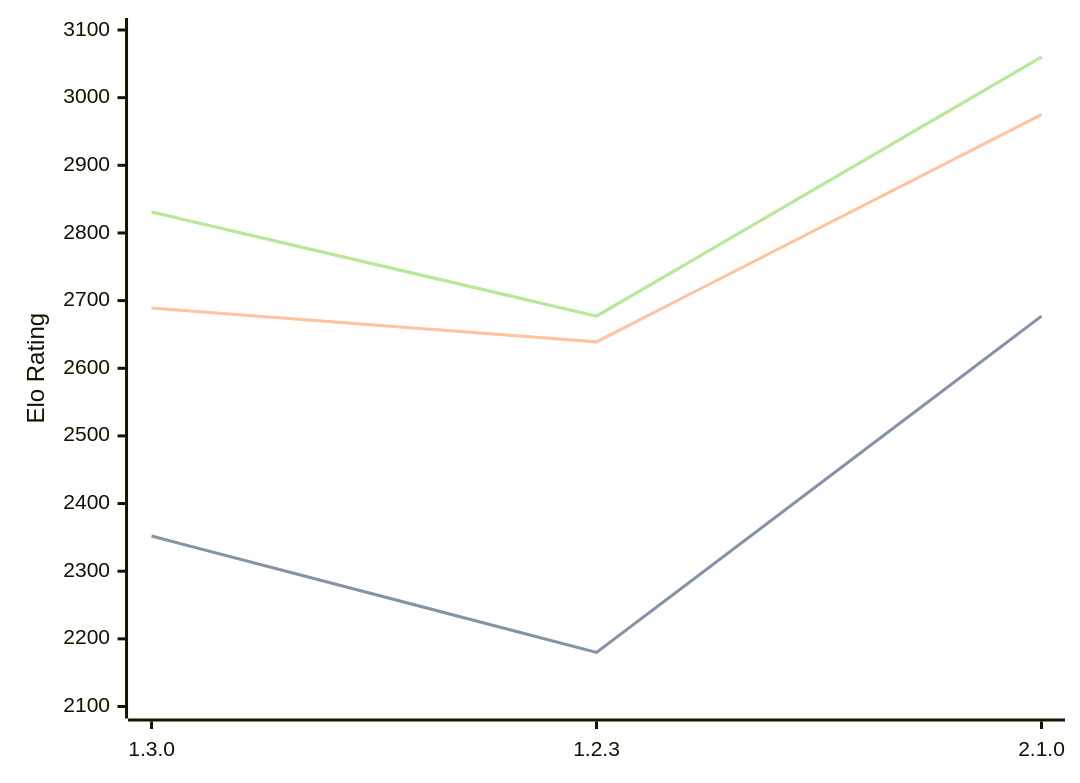
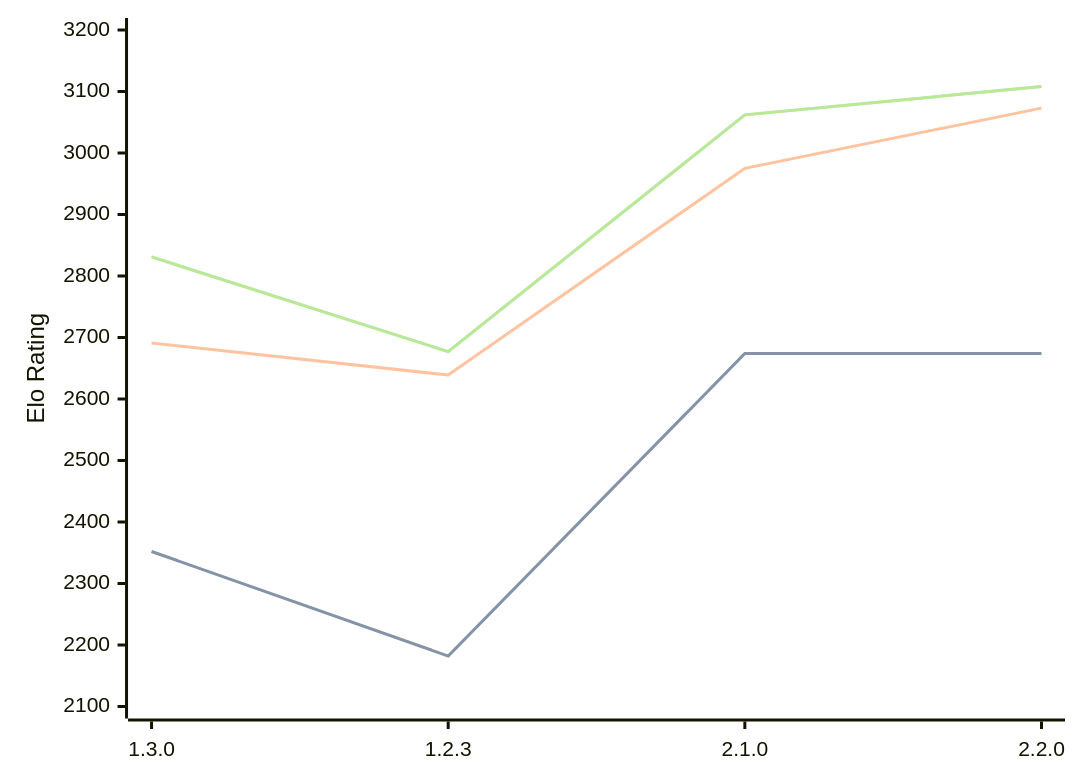
One commit to computer-chess-index/cci changed the third of 3 diagrams in engines/Aspen.md. Above: the diagram before and after it, drawn with Mermaid. The commit also changed other lines of this file, not shown here.

Commit message:
Update CCI Ratings (ELO VLTC) - 2026-06-22

````diff
--- a/engines/Aspen.md
+++ b/engines/Aspen.md
@@ -76,11 +76,11 @@
 ```mermaid
 %%{init: {"theme":"base","themeVariables":{"seriesColors:['#a3a3a3','#222221','#faa371']}}}%%
 xychart-beta
-  x-axis ["1.3.0", "1.2.3", "2.1.0"]
-  y-axis "Elo Rating" 2100 --> 3100
-  line "STC (8.0+0.08s)" [2352, 2180, 2677]
-  line "STC (8.0+0.08s)" [2352, 2180, 2677]
-  line "LTC (60.0+0.60s)" [2689, 2639, 2975]
-  line "VLTC (2m24s+1.12s)" [2831, 2677, 3060]
-  line "VLTC (2m24s+1.12s)" [2831, 2677, 3060]
+  x-axis ["1.3.0", "1.2.3", "2.1.0", "2.2.0"]
+  y-axis "Elo Rating" 2100 --> 3200
+  line "STC (8.0+0.08s)" [2352, 2182, 2674, 2674]
+  line "STC (8.0+0.08s)" [2352, 2182, 2674, 2674]
+  line "LTC (60.0+0.60s)" [2691, 2639, 2975, 3073]
+  line "VLTC (2m24s+1.12s)" [2831, 2677, 3062, 3108]
+  line "VLTC (2m24s+1.12s)" [2831, 2677, 3062, 3108]
 ```
````
